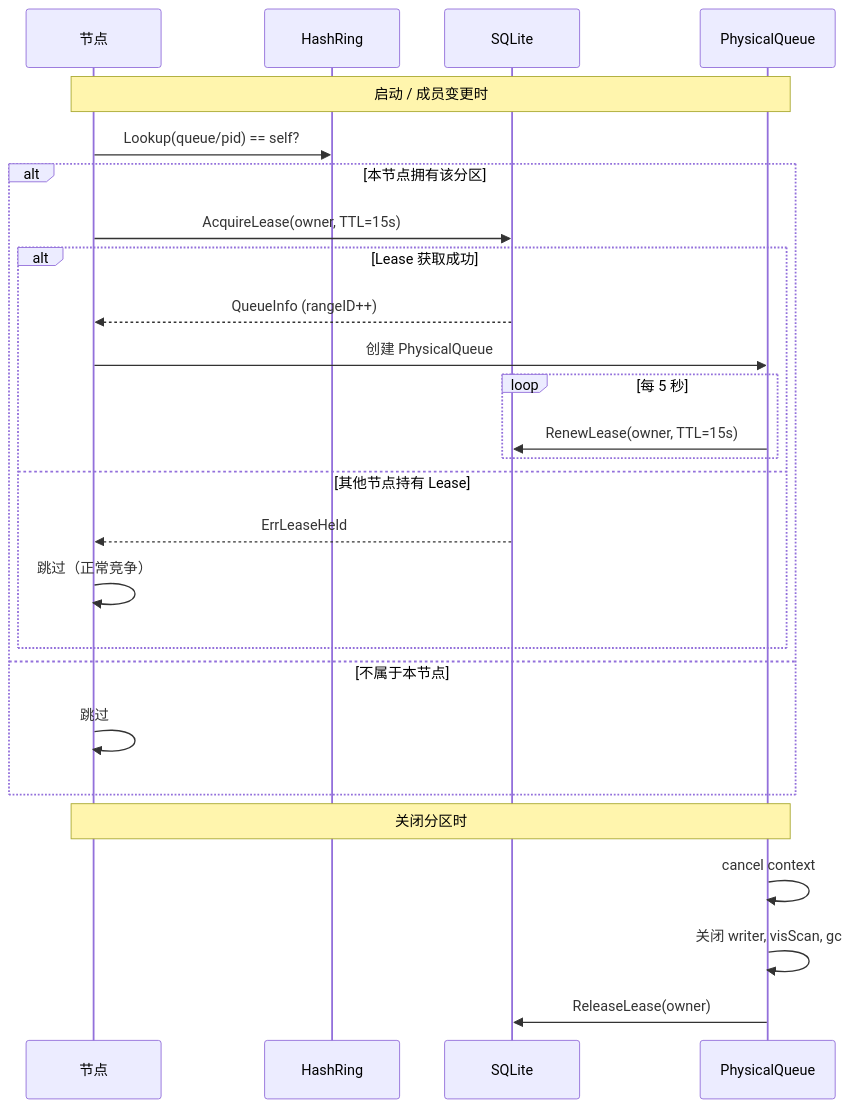
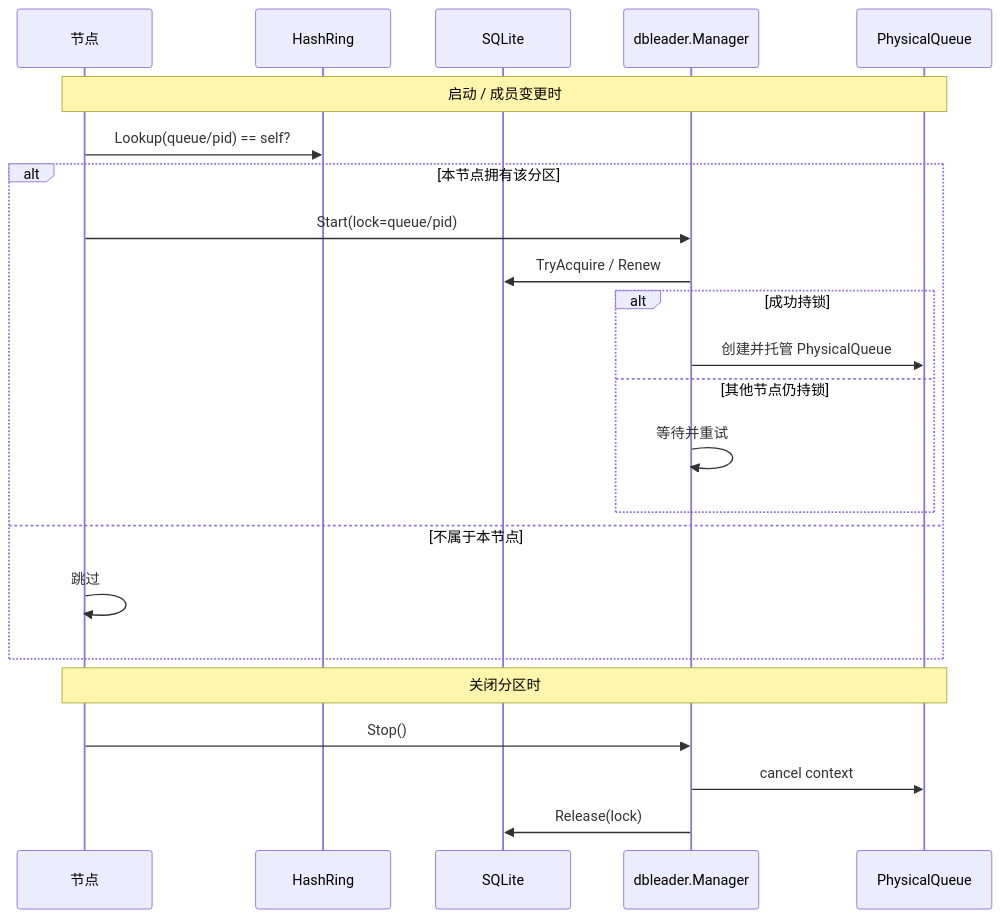
Before and after one commit to donutnomad/taskq: the eighth of 9 diagrams in README.md, drawn with Mermaid. The commit also changed other lines of this file and 19 other files, not shown here.

````diff
--- a/README.md
+++ b/README.md
@@ -309,30 +313,27 @@
 ```mermaid
 sequenceDiagram
     participant N as 节点
     participant HR as HashRing
     participant DB as SQLite
+    participant L as dbleader.Manager
     participant PQ as PhysicalQueue
 
     Note over N,PQ: 启动 / 成员变更时
     N->>HR: Lookup(queue/pid) == self?
     alt 本节点拥有该分区
-        N->>DB: AcquireLease(owner, TTL=15s)
-        alt Lease 获取成功
-            DB-->>N: QueueInfo (rangeID++)
-            N->>PQ: 创建 PhysicalQueue
-            loop 每 5 秒
-                PQ->>DB: RenewLease(owner, TTL=15s)
-            end
-        else 其他节点持有 Lease
-            DB-->>N: ErrLeaseHeld
-            N->>N: 跳过（正常竞争）
+        N->>L: Start(lock=queue/pid)
+        L->>DB: TryAcquire / Renew
+        alt 成功持锁
+            L->>PQ: 创建并托管 PhysicalQueue
+        else 其他节点仍持锁
+            L->>L: 等待并重试
         end
     else 不属于本节点
         N->>N: 跳过
     end
 
     Note over N,PQ: 关闭分区时
-    PQ->>PQ: cancel context
-    PQ->>PQ: 关闭 writer, visScan, gc
-    PQ->>DB: ReleaseLease(owner)
+    N->>L: Stop()
+    L->>PQ: cancel context
+    L->>DB: Release(lock)
 ```
````
